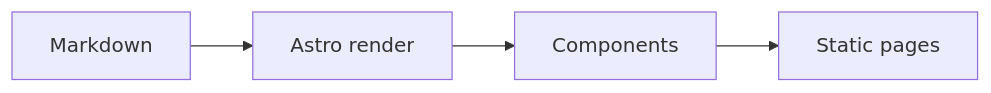
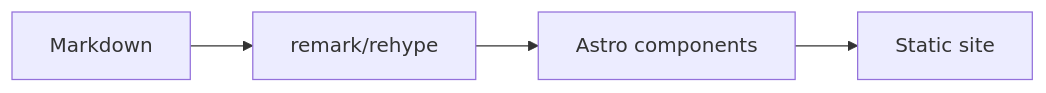
The diagram in src/content/posts/en/hello-astro-narrow.md (kijkij1234/dragonchi), drawn with Mermaid before and after one commit. The commit also changed other lines of this file and 12 other files, not shown here.

First line of the commit message:
feat: add support for tabs in markdown with remark-tabs and associated scripts

````diff
--- a/src/content/posts/en/hello-astro-narrow.md
+++ b/src/content/posts/en/hello-astro-narrow.md
@@ -149,6 +157,6 @@
 ```mermaid
 flowchart LR
-  A[Markdown] --> B[Astro render]
-  B --> C[Components]
-  C --> D[Static pages]
+  A[Markdown] --> B[remark/rehype]
+  B --> C[Astro components]
+  C --> D[Static site]
 ```
````
